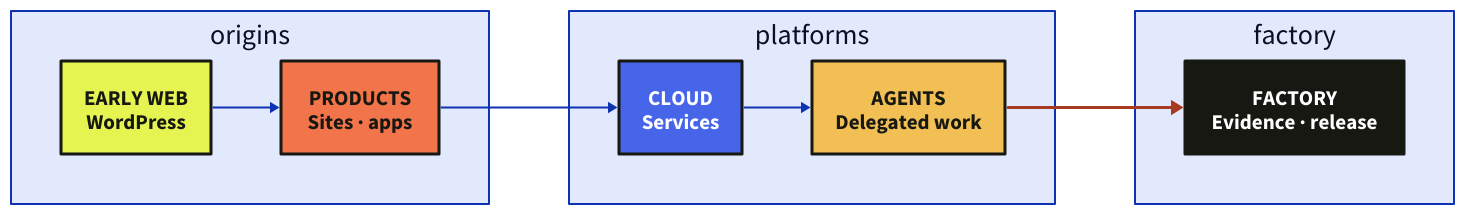
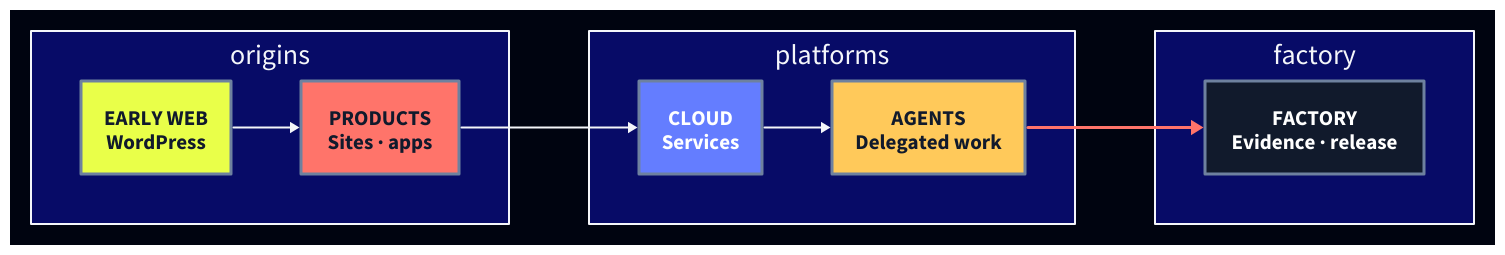
Before and after one commit to loftwah/woodhouse-new: the diagram in public/diagrams/lineage.d2, drawn with D2. The commit also changed 105 other files, not shown here.

```diff
--- a/public/diagrams/lineage.d2
+++ b/public/diagrams/lineage.d2
@@ -1,24 +1,24 @@
 direction: right
-vars: {d2-config: {layout-engine: elk; theme-id: 0}}
+vars: {d2-config: {layout-engine: elk; theme-id: 201}}
 
 origins: {
   direction: down
-  early: "EARLY WEB\nWordPress" {style.fill: "#E6F451"; style.stroke: "#171812"; style.stroke-width: 3; style.font-color: "#171812"; style.font-size: 21; style.bold: true}
-  delivery: "PRODUCTS\nSites · apps" {style.fill: "#F2744A"; style.stroke: "#171812"; style.stroke-width: 3; style.font-color: "#171812"; style.font-size: 21; style.bold: true}
+  early: "EARLY WEB\nWordPress" {style.fill: "#E9FF49"; style.stroke: "#6E819F"; style.stroke-width: 3; style.font-color: "#111A2C"; style.font-size: 21; style.bold: true}
+  delivery: "PRODUCTS\nSites · apps" {style.fill: "#FF746A"; style.stroke: "#6E819F"; style.stroke-width: 3; style.font-color: "#111A2C"; style.font-size: 21; style.bold: true}
   early -> delivery
 }
 
 platforms: {
   direction: down
-  cloud: "CLOUD\nServices" {style.fill: "#4665E8"; style.stroke: "#171812"; style.stroke-width: 3; style.font-color: "#FFFFFF"; style.font-size: 21; style.bold: true}
-  agents: "AGENTS\nDelegated work" {style.fill: "#F1BF54"; style.stroke: "#171812"; style.stroke-width: 3; style.font-color: "#171812"; style.font-size: 21; style.bold: true}
+  cloud: "CLOUD\nServices" {style.fill: "#647DFF"; style.stroke: "#6E819F"; style.stroke-width: 3; style.font-color: "#FFFFFF"; style.font-size: 21; style.bold: true}
+  agents: "AGENTS\nDelegated work" {style.fill: "#FFC95A"; style.stroke: "#6E819F"; style.stroke-width: 3; style.font-color: "#111A2C"; style.font-size: 21; style.bold: true}
   cloud -> agents
 }
 
 factory: {
   direction: down
-  evidence: "FACTORY\nEvidence · release" {style.fill: "#171812"; style.stroke: "#171812"; style.stroke-width: 3; style.font-color: "#FFFFFF"; style.font-size: 21; style.bold: true}
+  evidence: "FACTORY\nEvidence · release" {style.fill: "#111A2C"; style.stroke: "#6E819F"; style.stroke-width: 3; style.font-color: "#FFFFFF"; style.font-size: 21; style.bold: true}
 }
 
 origins.delivery -> platforms.cloud
-platforms.agents -> factory.evidence {style.stroke: "#A83A20"; style.stroke-width: 3}
+platforms.agents -> factory.evidence {style.stroke: "#FF746A"; style.stroke-width: 3}
```
